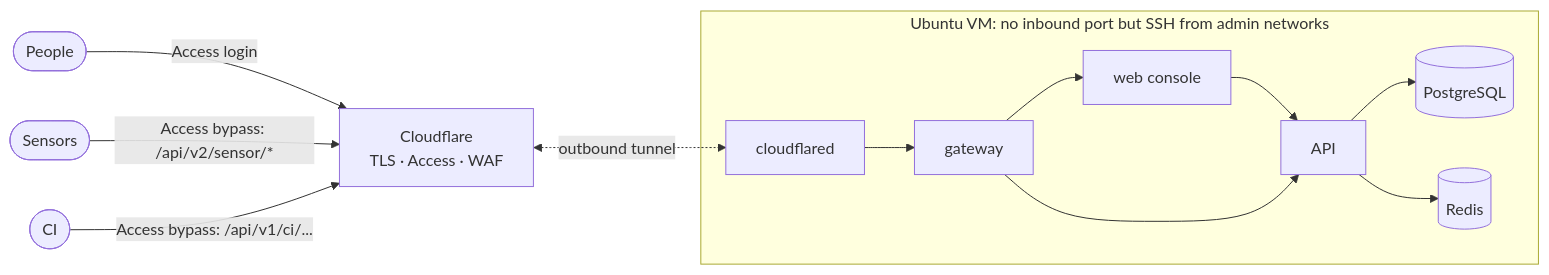
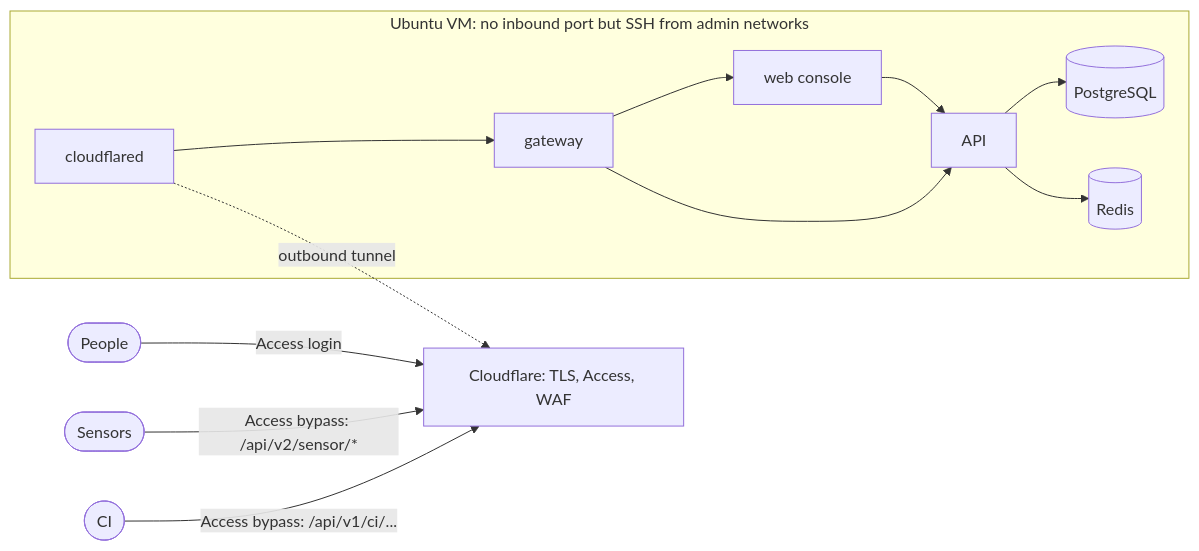
One commit to openctemio/openctem-ansible changed the diagram in docs/self-hosting-with-ansible.md. Above: the diagram before and after it, drawn with Mermaid. The commit also changed 1 other file, not shown here.

Commit message:
docs: diagrams render on GitHub (quoted labels, one-way tunnel arrow)

````diff
--- a/docs/self-hosting-with-ansible.md
+++ b/docs/self-hosting-with-ansible.md
@@ -14,13 +14,15 @@
 ```mermaid
 flowchart LR
-  people([People]) -->|Access login| edge[Cloudflare<br/>TLS · Access · WAF]
-  sensors([Sensors]) -->|Access bypass: /api/v2/sensor/*| edge
-  ci([CI]) -->|Access bypass: /api/v1/ci/...| edge
-  edge <-.->|outbound tunnel| cfd
-  subgraph vm[Ubuntu VM: no inbound port but SSH from admin networks]
-    cfd[cloudflared] --> gw[gateway] --> web[web console] --> api[API]
+  people(["People"]) -->|"Access login"| edge["Cloudflare: TLS, Access, WAF"]
+  sensors(["Sensors"]) -->|"Access bypass: /api/v2/sensor/*"| edge
+  ci(["CI"]) -->|"Access bypass: /api/v1/ci/..."| edge
+  cfd -.->|"outbound tunnel"| edge
+  subgraph vm["Ubuntu VM: no inbound port but SSH from admin networks"]
+    cfd["cloudflared"] --> gw["gateway"]
+    gw --> web["web console"]
+    web --> api["API"]
     gw --> api
-    api --> pg[(PostgreSQL)]
-    api --> rd[(Redis)]
+    api --> pg[("PostgreSQL")]
+    api --> rd[("Redis")]
   end
 ```
````
